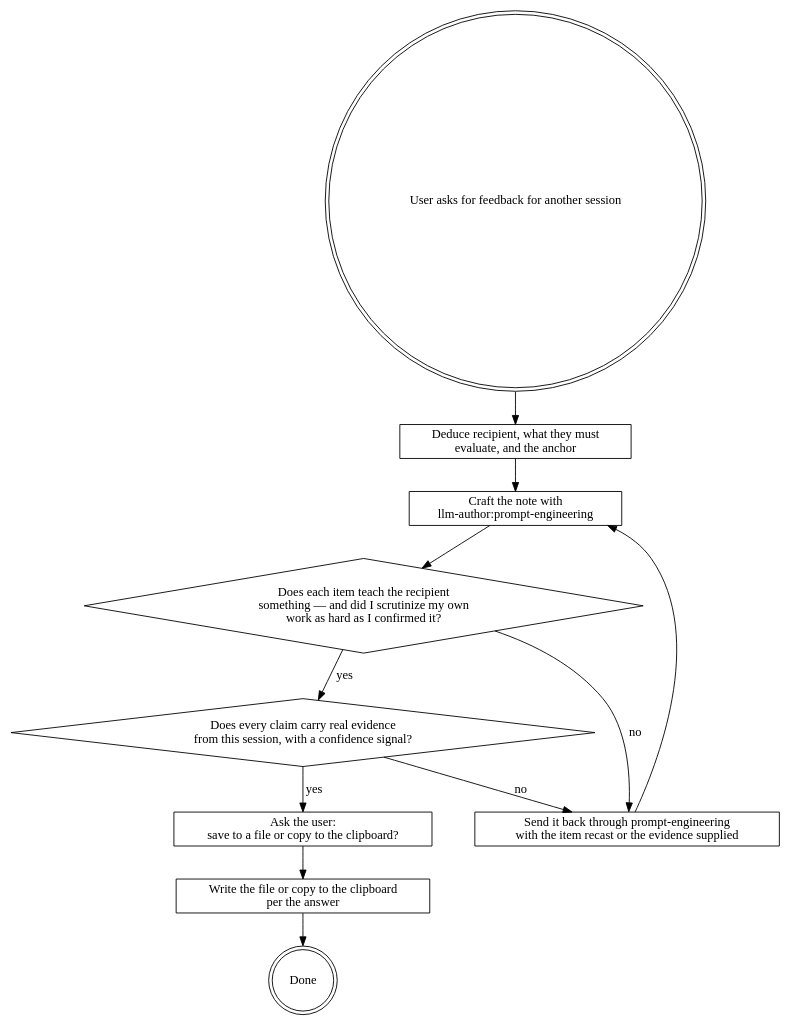
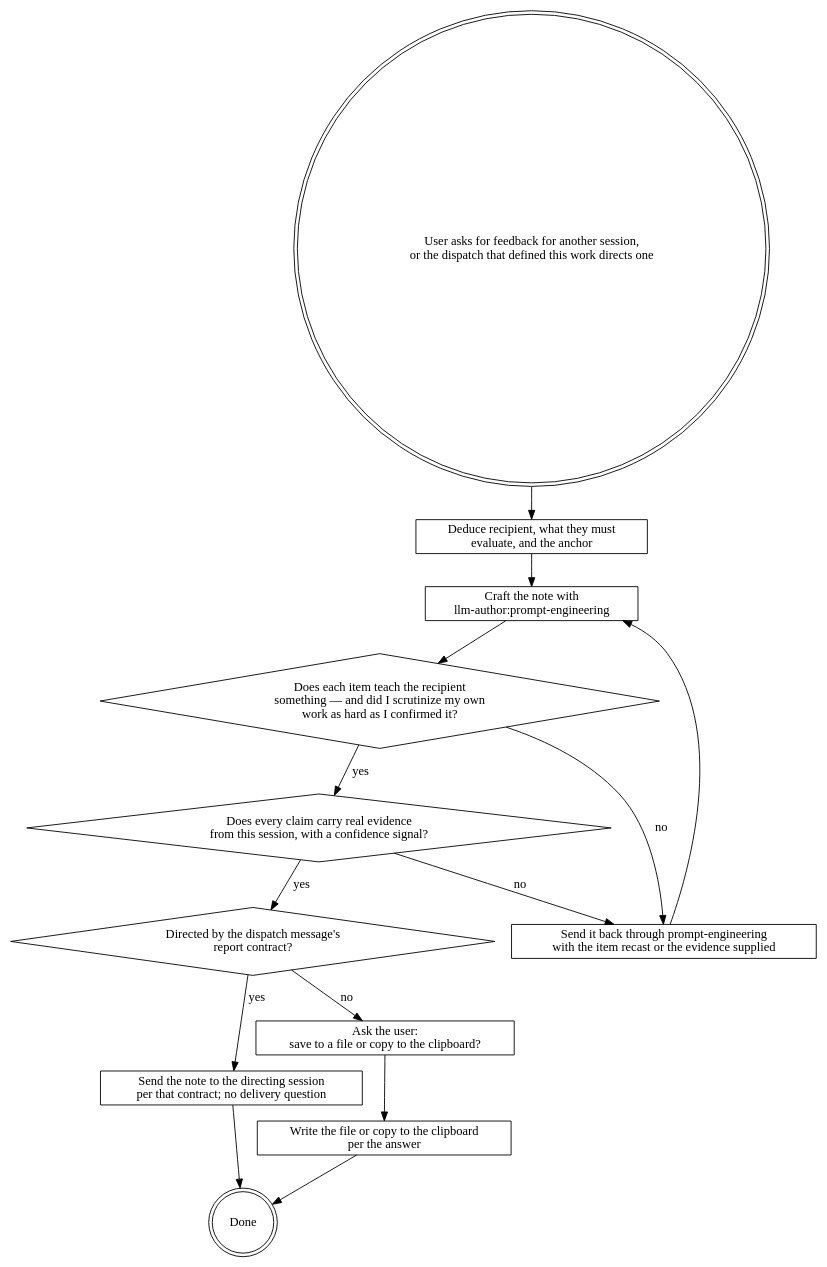
One commit to it-bens/ai-tools changed the diagram in plugins/llm-author/skills/writing-session-feedback/SKILL.md. Above: the diagram before and after it, drawn with Graphviz. The commit also changed other lines of this file and 54 other files, not shown here.

````diff
--- a/plugins/llm-author/skills/writing-session-feedback/SKILL.md
+++ b/plugins/llm-author/skills/writing-session-feedback/SKILL.md
@@ -16,21 +16,26 @@
 ```dot
 digraph feedback {
-  start    [shape=doublecircle, label="User asks for feedback for another session"];
+  start    [shape=doublecircle, label="User asks for feedback for another session,\nor the dispatch that defined this work directs one"];
   deduce   [shape=box, label="Deduce recipient, what they must\nevaluate, and the anchor"];
   craft    [shape=box, label="Craft the note with\nllm-author:prompt-engineering"];
   cal      [shape=diamond, label="Does each item teach the recipient\nsomething — and did I scrutinize my own\nwork as hard as I confirmed it?"];
   val      [shape=diamond, label="Does every claim carry real evidence\nfrom this session, with a confidence signal?"];
   fix      [shape=box, label="Send it back through prompt-engineering\nwith the item recast or the evidence supplied"];
+  directed [shape=diamond, label="Directed by the dispatch message's\nreport contract?"];
+  send     [shape=box, label="Send the note to the directing session\nper that contract; no delivery question"];
   ask      [shape=box, label="Ask the user:\nsave to a file or copy to the clipboard?"];
   deliver  [shape=box, label="Write the file or copy to the clipboard\nper the answer"];
   done     [shape=doublecircle, label="Done"];
 
   start -> deduce -> craft -> cal;
   cal -> fix [label="no"];
   fix -> craft;
   cal -> val [label="yes"];
   val -> fix [label="no"];
-  val -> ask [label="yes"];
+  val -> directed [label="yes"];
+  directed -> send [label="yes"];
+  send -> done;
+  directed -> ask [label="no"];
   ask -> deliver -> done;
 }
 ```
````
